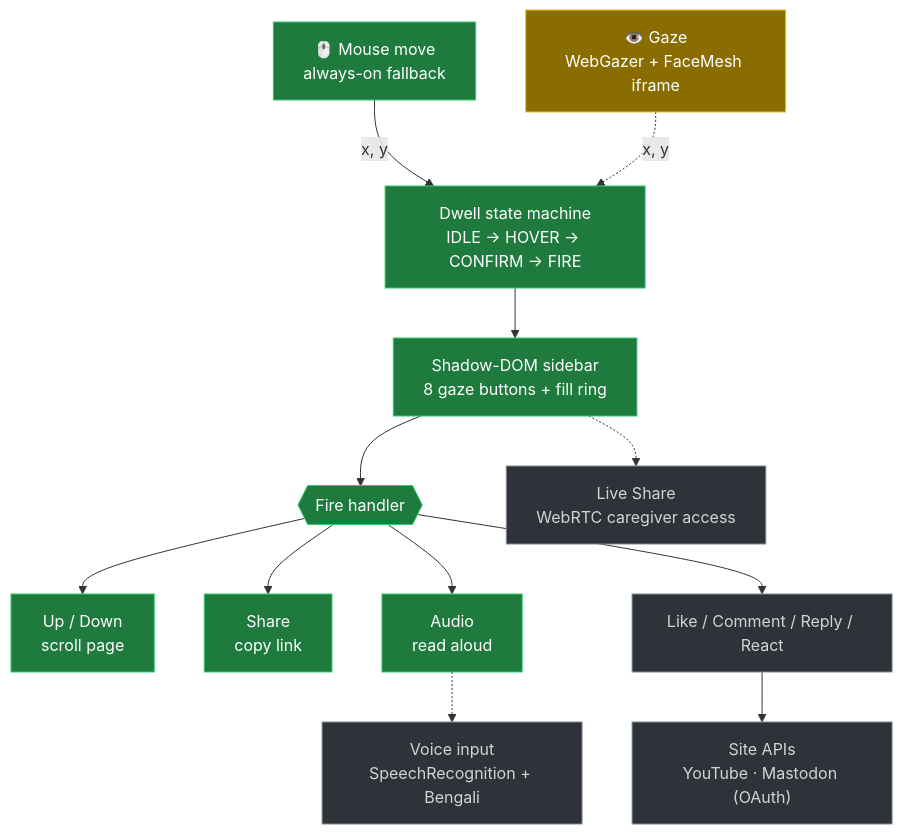
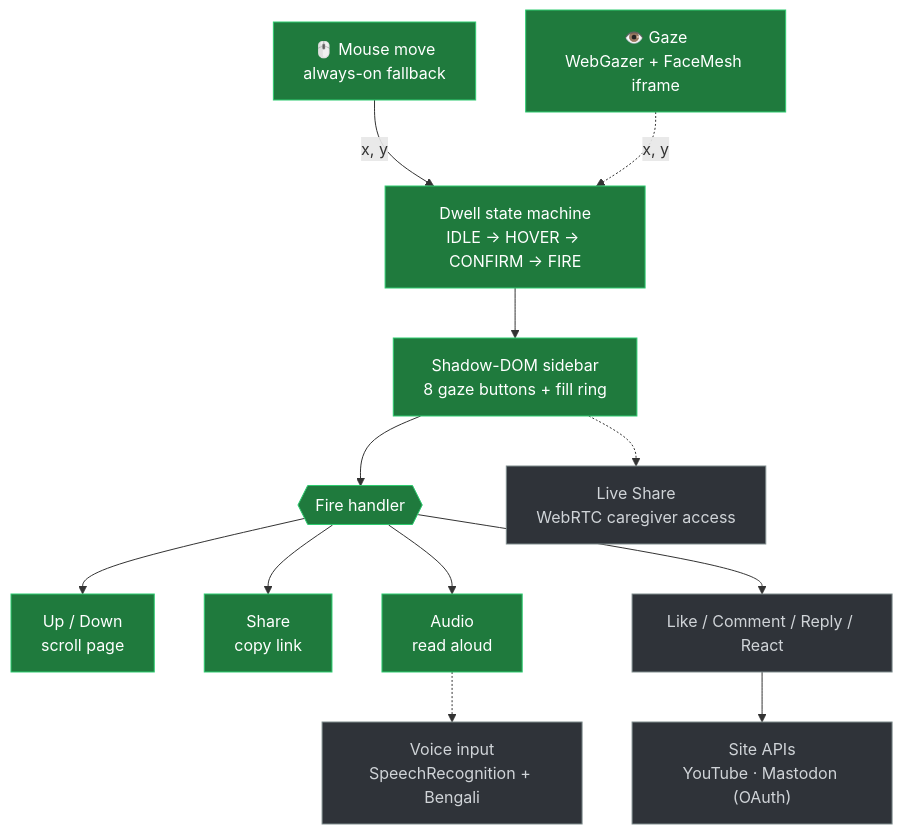
One commit to asirahnaf/Drishti_2.0 changed the diagram in README.md. Above: the diagram before and after it, drawn with Mermaid. The commit also changed other lines of this file and 9 other files, not shown here.

````diff
--- a/README.md
+++ b/README.md
@@ -16,34 +16,33 @@
 ```mermaid
 flowchart TD
     Mouse["🖱️ Mouse move<br/>always-on fallback"]
     Gaze["👁️ Gaze<br/>WebGazer + FaceMesh iframe"]
     Dwell["Dwell state machine<br/>IDLE → HOVER → CONFIRM → FIRE"]
     Sidebar["Shadow-DOM sidebar<br/>8 gaze buttons + fill ring"]
     Fire{{"Fire handler"}}
     Scroll["Up / Down<br/>scroll page"]
     Share["Share<br/>copy link"]
     Read["Audio<br/>read aloud"]
     Site["Like / Comment / Reply / React"]
     API["Site APIs<br/>YouTube · Mastodon (OAuth)"]
     Voice["Voice input<br/>SpeechRecognition + Bengali"]
     LiveShare["Live Share<br/>WebRTC caregiver access"]
 
     Mouse -->|"x, y"| Dwell
     Gaze -.->|"x, y"| Dwell
     Dwell --> Sidebar --> Fire
     Fire --> Scroll
     Fire --> Share
     Fire --> Read
     Fire --> Site
     Site --> API
     Read -.-> Voice
     Sidebar -.-> LiveShare
 
     classDef done fill:#1f7a3d,stroke:#2ecc71,color:#ffffff;
     classDef wip  fill:#8a6d00,stroke:#f1c40f,color:#ffffff;
     classDef todo fill:#2f3339,stroke:#7f8c8d,color:#d0d4d8;
 
-    class Mouse,Dwell,Sidebar,Fire,Scroll,Share,Read done;
-    class Gaze wip;
+    class Mouse,Gaze,Dwell,Sidebar,Fire,Scroll,Share,Read done;
     class Site,API,Voice,LiveShare todo;
 ```
````
